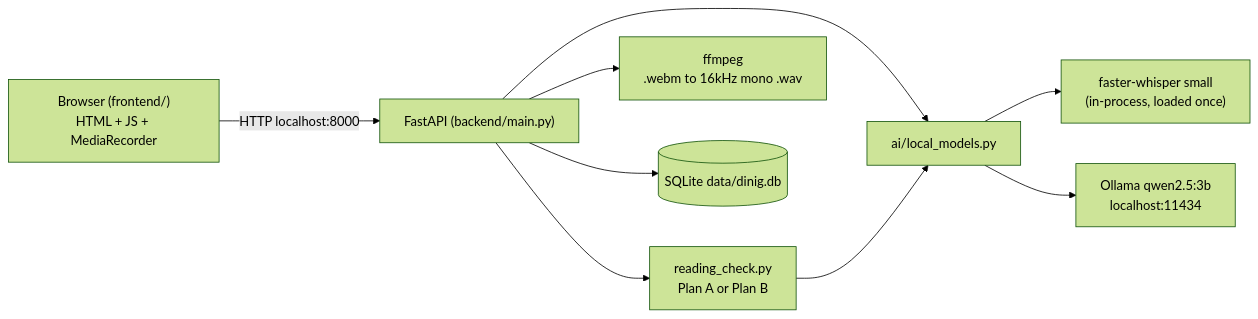
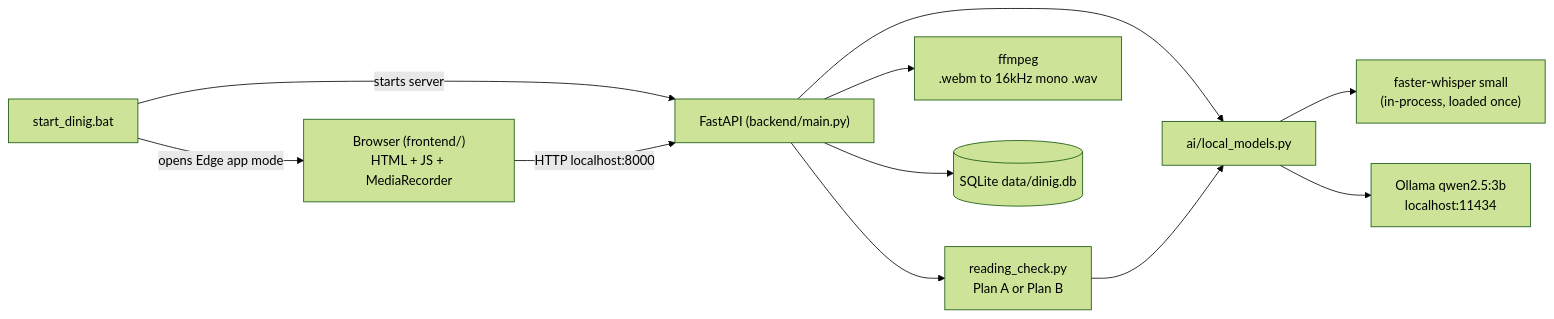
The second of 2 diagrams in docs/SYSTEM_DESIGN.md (jayveedelarosa/dinig), drawn with Mermaid (forest theme) before and after one commit. The commit also changed other lines of this file and 4 other files, not shown here.

````diff
--- a/docs/SYSTEM_DESIGN.md
+++ b/docs/SYSTEM_DESIGN.md
@@ -209,11 +238,13 @@
 ```mermaid
 flowchart LR
+    L["start_dinig.bat"] -- "starts server" --> F
+    L -- "opens Edge app mode" --> B
     B["Browser (frontend/)<br>HTML + JS + MediaRecorder"] -- "HTTP localhost:8000" --> F["FastAPI (backend/main.py)"]
     F --> RC["reading_check.py<br>Plan A or Plan B"]
     F --> AI["ai/local_models.py"]
     RC --> AI
     AI --> W["faster-whisper small<br>(in-process, loaded once)"]
     AI --> O["Ollama qwen2.5:3b<br>localhost:11434"]
     F --> FF["ffmpeg<br>.webm to 16kHz mono .wav"]
     F --> DB[("SQLite data/dinig.db")]
 ```
````
